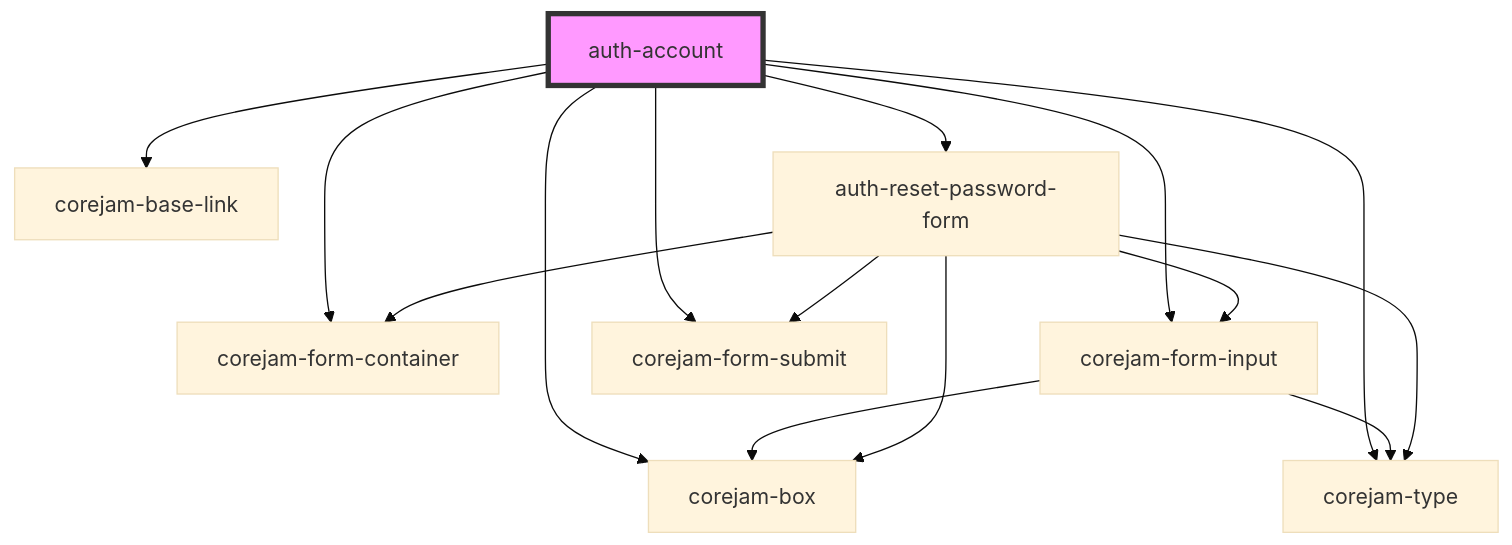
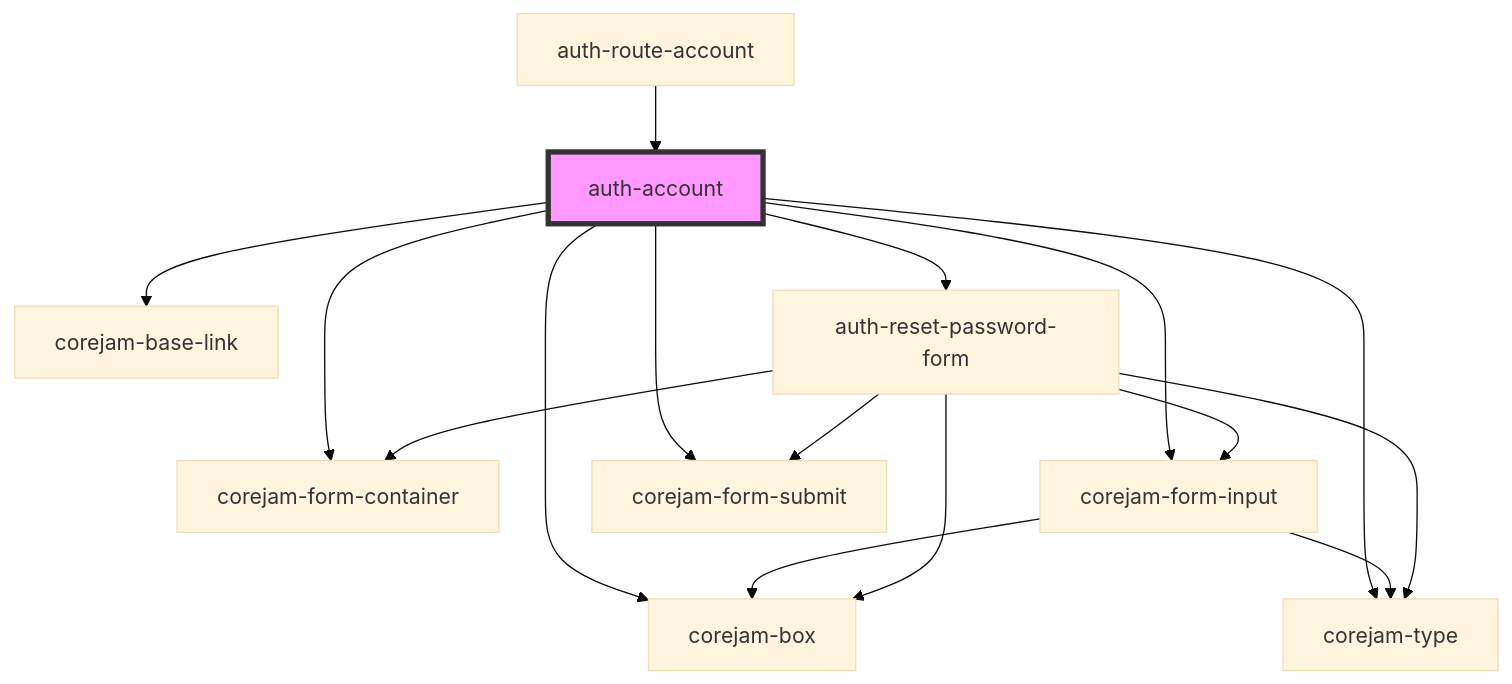
One commit to corejam/corejam changed the diagram in packages/auth/app/components/Account/readme.md. Above: the diagram before and after it, drawn with Mermaid (base theme). The commit also changed other lines of this file and 1 other file, not shown here.

````diff
--- a/packages/auth/app/components/Account/readme.md
+++ b/packages/auth/app/components/Account/readme.md
@@ -21,18 +25,19 @@
 ```mermaid
 graph TD;
   auth-account --> corejam-box
   auth-account --> corejam-type
   auth-account --> corejam-base-link
   auth-account --> corejam-form-container
   auth-account --> corejam-form-input
   auth-account --> corejam-form-submit
   auth-account --> auth-reset-password-form
   corejam-form-input --> corejam-box
   corejam-form-input --> corejam-type
   auth-reset-password-form --> corejam-box
   auth-reset-password-form --> corejam-type
   auth-reset-password-form --> corejam-form-container
   auth-reset-password-form --> corejam-form-input
   auth-reset-password-form --> corejam-form-submit
+  auth-route-account --> auth-account
   style auth-account fill:#f9f,stroke:#333,stroke-width:4px
 ```
````
